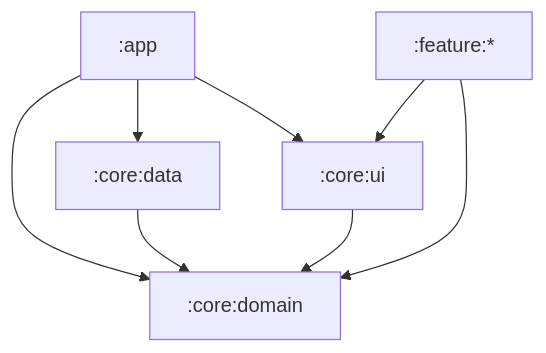
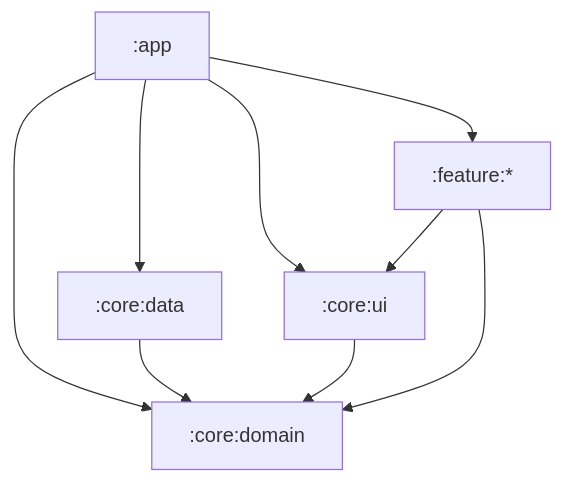
One commit to open-gym-app/titan changed the diagram in docs/ARCHITECTURE.md. Above: the diagram before and after it, drawn with Mermaid. The commit also changed other lines of this file and 8 other files, not shown here.

````diff
--- a/docs/ARCHITECTURE.md
+++ b/docs/ARCHITECTURE.md
@@ -84,16 +84,17 @@
 ```mermaid
 graph TD
     app[:app]
     data[:core:data]
     domain[:core:domain]
     ui[:core:ui]
     feature[":feature:*"]
 
     app --> domain
     app --> data
     app --> ui
+    app --> feature
     data --> domain
     ui --> domain
     feature --> domain
     feature --> ui
 ```
````
